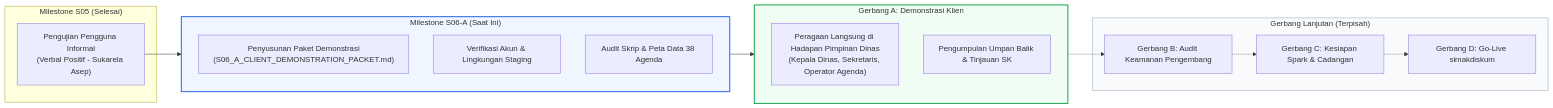
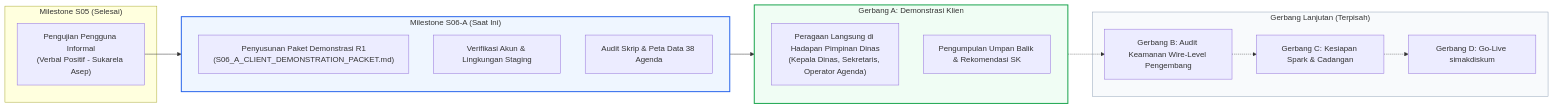
Before and after one commit to throwawaybtm/simak-diskum-v5: the diagram in docs/S06_A_CLIENT_DEMONSTRATION_PACKET.md, drawn with Mermaid. The commit also changed other lines of this file and 5 other files, not shown here.

````diff
--- a/docs/S06_A_CLIENT_DEMONSTRATION_PACKET.md
+++ b/docs/S06_A_CLIENT_DEMONSTRATION_PACKET.md
@@ -42,33 +42,33 @@
 ```mermaid
 flowchart LR
     subgraph S05["Milestone S05 (Selesai)"]
         S05A["Pengujian Pengguna Informal<br/>(Verbal Positif - Sukarela Asep)"]
     end
 
     subgraph S06A["Milestone S06-A (Saat Ini)"]
-        Packet["Penyusunan Paket Demonstrasi<br/>(S06_A_CLIENT_DEMONSTRATION_PACKET.md)"]
+        Packet["Penyusunan Paket Demonstrasi R1<br/>(S06_A_CLIENT_DEMONSTRATION_PACKET.md)"]
         Prep["Verifikasi Akun & Lingkungan Staging"]
         Audit["Audit Skrip & Peta Data 38 Agenda"]
     end
 
     subgraph GateA["Gerbang A: Demonstrasi Klien"]
         LiveDemo["Peragaan Langsung di Hadapan Pimpinan Dinas<br/>(Kepala Dinas, Sekretaris, Operator Agenda)"]
-        Feedback["Pengumpulan Umpan Balik & Tinjauan SK"]
+        Feedback["Pengumpulan Umpan Balik & Rekomendasi SK"]
     end
 
     subgraph FutureGates["Gerbang Lanjutan (Terpisah)"]
-        GateB["Gerbang B: Audit Keamanan Pengembang"]
+        GateB["Gerbang B: Audit Keamanan Wire-Level Pengembang"]
         GateC["Gerbang C: Kesiapan Spark & Cadangan"]
         GateD["Gerbang D: Go-Live simakdiskum"]
     end
 
     S05A --> S06A
     S06A --> GateA
     GateA -.-> GateB
     GateB -.-> GateC
     GateC -.-> GateD
 
     style S06A fill:#eff6ff,stroke:#2563eb,stroke-width:2px;
     style GateA fill:#f0fdf4,stroke:#16a34a,stroke-width:2px;
     style FutureGates fill:#f8fafc,stroke:#94a3b8,stroke-width:1px;
 ```
````
